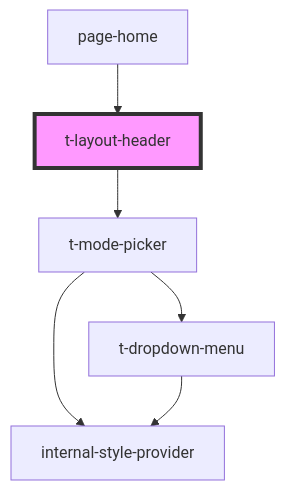
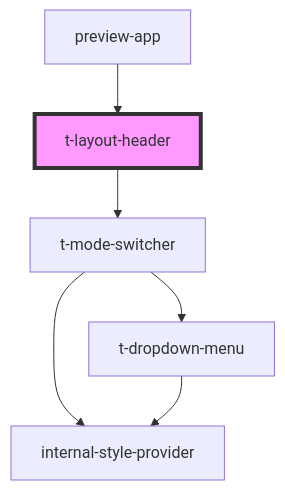
The diagram in packages/stencil/src/components/t-layout-header/readme.md (TomasEng/web-components), drawn with Mermaid before and after one commit. The commit also changed other lines of this file and 37 other files, not shown here.

````diff
--- a/packages/stencil/src/components/t-layout-header/readme.md
+++ b/packages/stencil/src/components/t-layout-header/readme.md
@@ -26,9 +27,9 @@
 ```mermaid
 graph TD;
-  t-layout-header --> t-mode-picker
-  t-mode-picker --> internal-style-provider
-  t-mode-picker --> t-dropdown-menu
+  t-layout-header --> t-mode-switcher
+  t-mode-switcher --> internal-style-provider
+  t-mode-switcher --> t-dropdown-menu
   t-dropdown-menu --> internal-style-provider
-  page-home --> t-layout-header
+  preview-app --> t-layout-header
   style t-layout-header fill:#f9f,stroke:#333,stroke-width:4px
 ```
````
